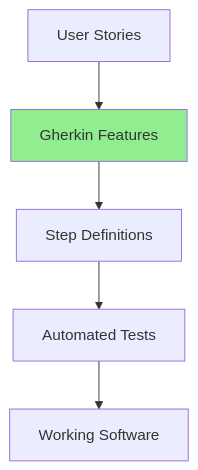
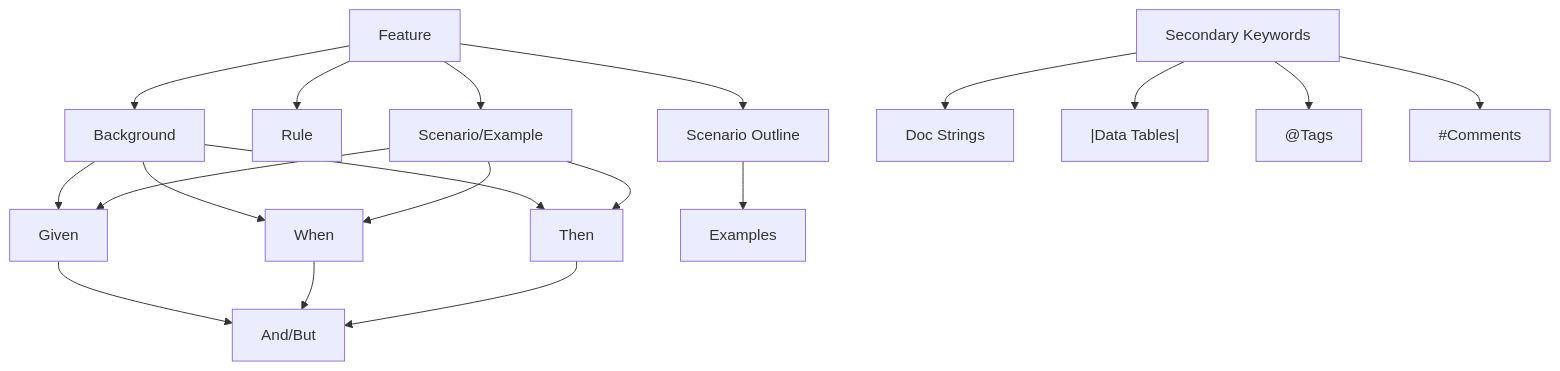
One commit to wahidyankf/oss changed the first of 2 diagrams in apps-standalone/ayokoding-web/content/en/learn/crash-courses/swe/stacks/automation/gherkin/basics.md. Above: the diagram before and after it, drawn with Mermaid. The commit also changed other lines of this file and 40 other files, not shown here.

````diff
--- a/apps-standalone/ayokoding-web/content/en/learn/crash-courses/swe/stacks/automation/gherkin/basics.md
+++ b/apps-standalone/ayokoding-web/content/en/learn/crash-courses/swe/stacks/automation/gherkin/basics.md
@@ -20,8 +58,26 @@
 ```mermaid
-flowchart TD
-    A[User Stories] --> B[Gherkin Features]
-    B --> C[Step Definitions]
-    C --> D[Automated Tests]
-    D --> E[Working Software]
-    style B fill:#90EE90
+graph TD
+    A[Feature] --> B[Background]
+    A --> C[Rule]
+    A --> D[Scenario/Example]
+    A --> E[Scenario Outline]
+
+    B --> F[Given]
+    B --> G[When]
+    B --> H[Then]
+
+    D --> F
+    D --> G
+    D --> H
+
+    E --> I[Examples]
+
+    F --> J[And/But]
+    G --> J
+    H --> J
+
+    K[Secondary Keywords] --> L["""Doc Strings"""]
+    K --> M["|Data Tables|"]
+    K --> N["@Tags"]
+    K --> O["#Comments"]
 ```
````
